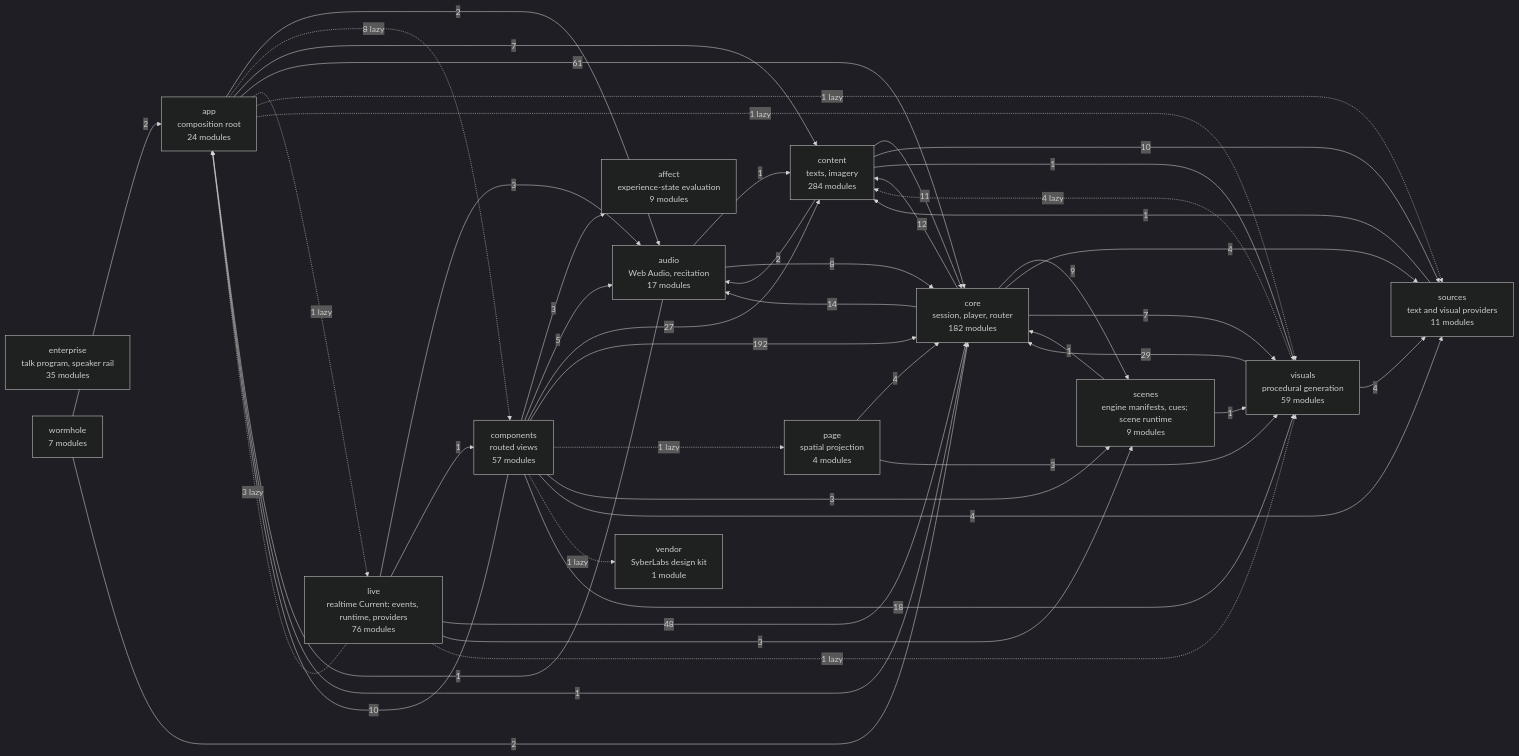
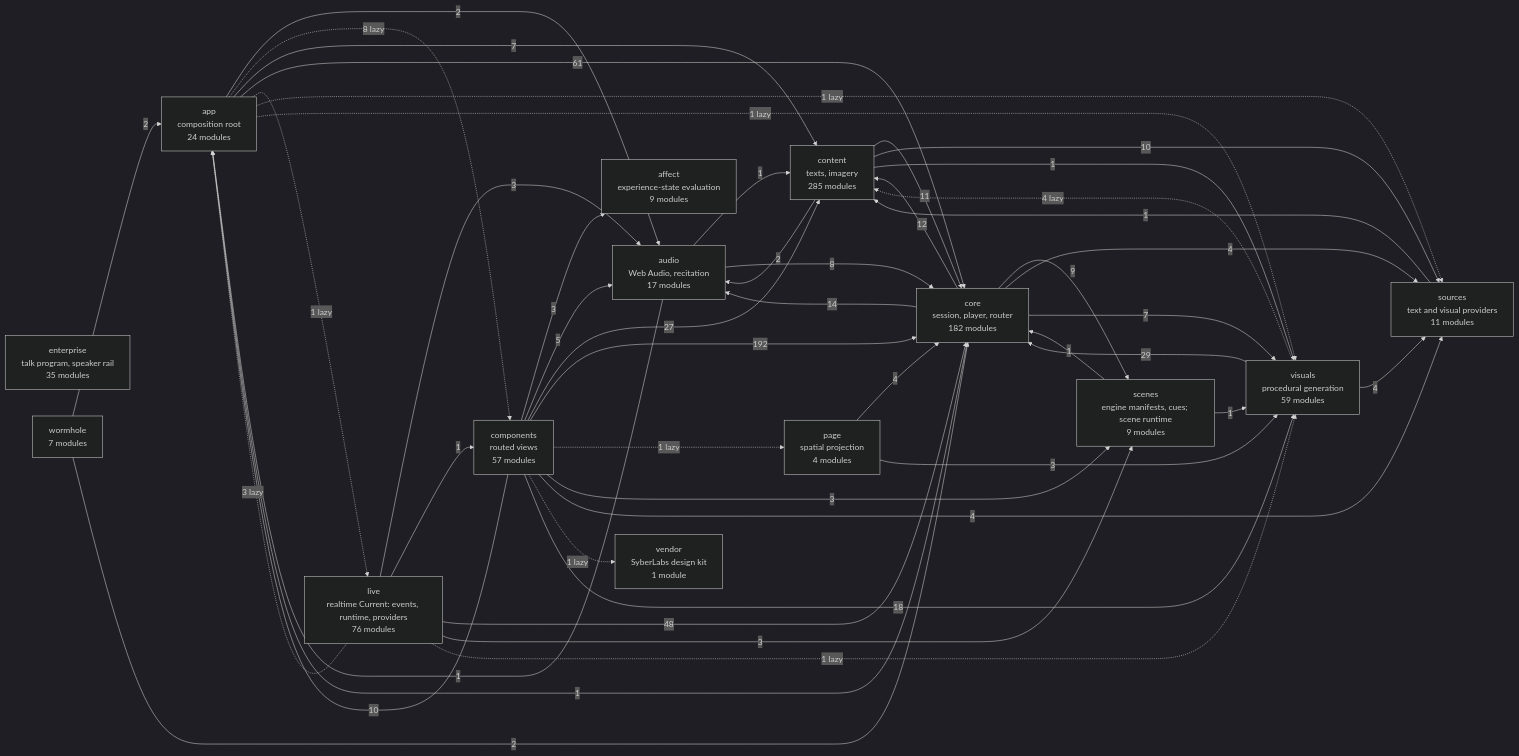
Before and after one commit to SyberLabs/RISE: the diagram in docs/specs/ARCHITECTURE.md, drawn with Mermaid (dark theme). The commit also changed 13 other files, not shown here.

````diff
--- a/docs/specs/ARCHITECTURE.md
+++ b/docs/specs/ARCHITECTURE.md
@@ -161,64 +161,64 @@
 ```mermaid
 flowchart LR
     affect["affect<br/>experience-state evaluation<br/>9 modules"]
     app["app<br/>composition root<br/>24 modules"]
     audio["audio<br/>Web Audio, recitation<br/>17 modules"]
     components["components<br/>routed views<br/>57 modules"]
-    content["content<br/>texts, imagery<br/>284 modules"]
+    content["content<br/>texts, imagery<br/>285 modules"]
     core["core<br/>session, player, router<br/>182 modules"]
     enterprise["enterprise<br/>talk program, speaker rail<br/>35 modules"]
     live["live<br/>realtime Current: events, runtime, providers<br/>76 modules"]
     page["page<br/>spatial projection<br/>4 modules"]
     scenes["scenes<br/>engine manifests, cues; scene runtime<br/>9 modules"]
     sources["sources<br/>text and visual providers<br/>11 modules"]
     vendor["vendor<br/>SyberLabs design kit<br/>1 module"]
     visuals["visuals<br/>procedural generation<br/>59 modules"]
     wormhole["wormhole<br/>7 modules"]
 
     app --> |2| audio
     app -.-> |8 lazy| components
     app --> |7| content
     app --> |61| core
     app -.-> |1 lazy| live
     app -.-> |1 lazy| sources
     app -.-> |1 lazy| visuals
     audio --> |1| app
     audio --> |1| content
     audio --> |8| core
     components --> |3| affect
     components --> |10| app
     components --> |5| audio
     components --> |27| content
     components --> |192| core
     components -.-> |1 lazy| page
     components --> |3| scenes
     components --> |4| sources
     components -.-> |1 lazy| vendor
     components --> |18| visuals
     content --> |2| audio
     content --> |11| core
     content --> |10| sources
     content --> |1| visuals
     core --> |1| app
     core --> |14| audio
     core --> |12| content
     core --> |9| scenes
     core --> |4| sources
     core --> |7| visuals
     live -.-> |3 lazy| app
     live --> |3| audio
     live --> |1| components
     live --> |48| core
     live --> |3| scenes
     live -.-> |1 lazy| visuals
     page --> |4| core
     page --> |3| visuals
     scenes --> |1| core
     scenes --> |1| visuals
     sources --> |1| content
     visuals -.-> |4 lazy| content
     visuals --> |29| core
     visuals --> |4| sources
     wormhole --> |2| app
     wormhole --> |2| core
 ```
````
